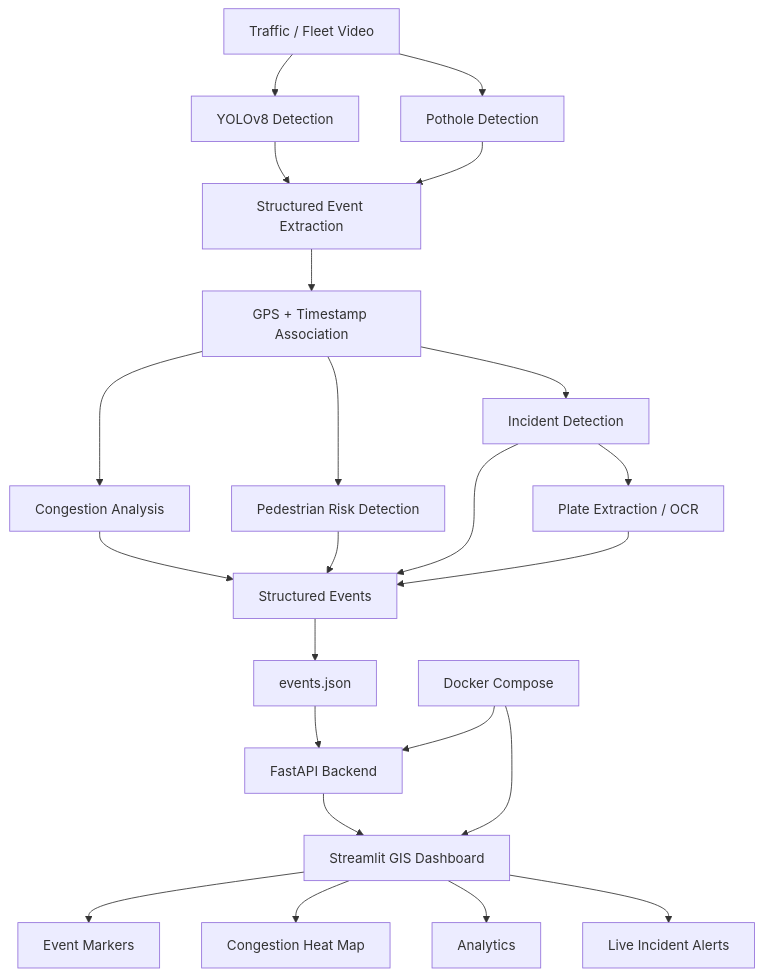
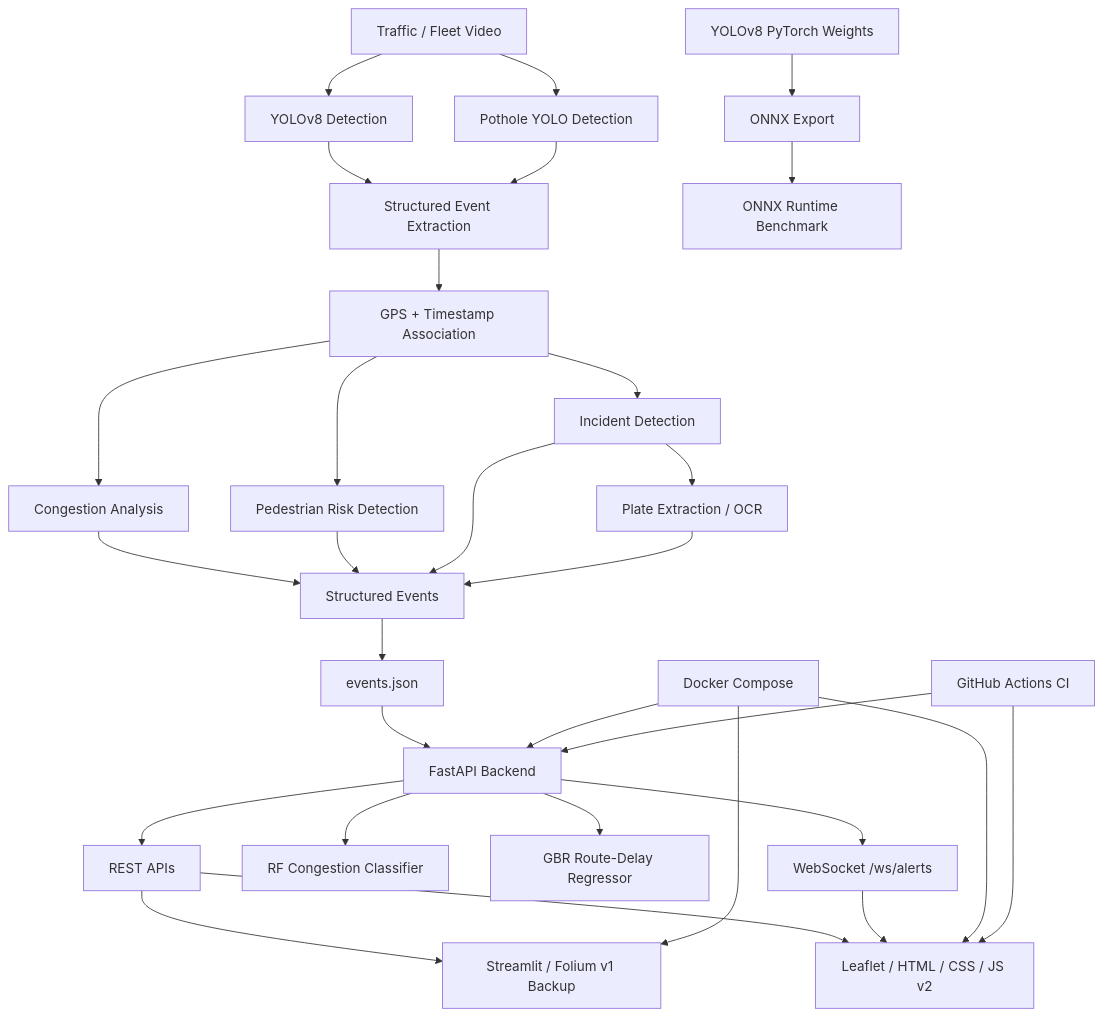
The diagram in README.md (ajeetsherkar/transitnexus-sih), drawn with Mermaid before and after one commit. The commit also changed other lines of this file, not shown here.

Commit message:
Day 2 complete: update README and architecture diagram

````diff
--- a/README.md
+++ b/README.md
@@ -149,34 +186,45 @@
 ```mermaid
 flowchart TD
     A[Traffic / Fleet Video] --> B[YOLOv8 Detection]
-    A --> C[Pothole Detection]
+    A --> C[Pothole YOLO Detection]
 
     B --> D[Structured Event Extraction]
     C --> D
 
     D --> E[GPS + Timestamp Association]
 
     E --> F[Congestion Analysis]
     E --> G[Pedestrian Risk Detection]
     E --> H[Incident Detection]
 
     H --> I[Plate Extraction / OCR]
 
     F --> J[Structured Events]
     G --> J
     H --> J
     I --> J
 
     J --> K[events.json]
 
     K --> L[FastAPI Backend]
-    L --> M[Streamlit GIS Dashboard]
 
-    M --> N[Event Markers]
-    M --> O[Congestion Heat Map]
-    M --> P[Analytics]
-    M --> Q[Live Incident Alerts]
+    L --> M[REST APIs]
+    L --> N[RF Congestion Classifier]
+    L --> O[GBR Route-Delay Regressor]
+    L --> P[WebSocket /ws/alerts]
 
-    R[Docker Compose] --> L
-    R --> M
+    M --> Q[Leaflet / HTML / CSS / JS v2]
+    P --> Q
+
+    M --> R[Streamlit / Folium v1 Backup]
+
+    S[YOLOv8 PyTorch Weights] --> T[ONNX Export]
+    T --> U[ONNX Runtime Benchmark]
+
+    V[Docker Compose] --> L
+    V --> Q
+    V --> R
+
+    W[GitHub Actions CI] --> L
+    W --> Q
 ```
````
